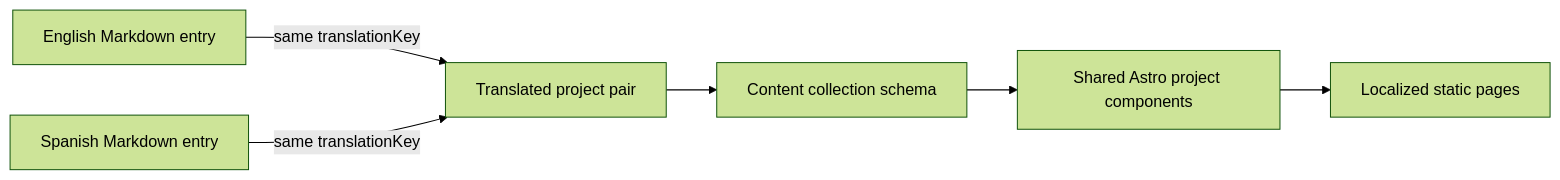
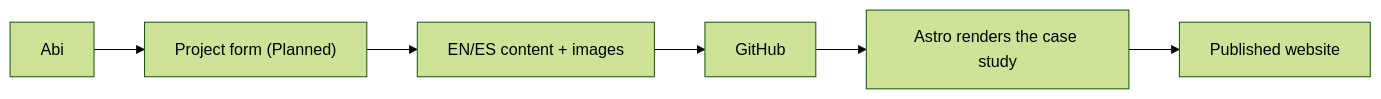
Before and after one commit to abicaride/abicaride.com: the third of 6 diagrams in docs/WORKFLOW.md, drawn with Mermaid (forest theme). The commit also changed other lines of this file and 10 other files, not shown here.

Commit message:
docs: document architecture and workflows

````diff
--- a/docs/WORKFLOW.md
+++ b/docs/WORKFLOW.md
@@ -193,8 +82,8 @@
 ```mermaid
 flowchart LR
-    EN["English Markdown entry"] -->|"same translationKey"| PAIR["Translated project pair"]
-    ES["Spanish Markdown entry"] -->|"same translationKey"| PAIR
-    PAIR --> SCHEMA["Content collection schema"]
-    SCHEMA --> COMPONENTS["Shared Astro project components"]
-    COMPONENTS --> ROUTES["Localized static pages"]
+    ABI["Abi"] --> FORM["Project form (Planned)"]
+    FORM --> CONTENT["EN/ES content + images"]
+    CONTENT --> GIT["GitHub"]
+    GIT --> ASTRO["Astro renders the case study"]
+    ASTRO --> SITE["Published website"]
 ```
````
